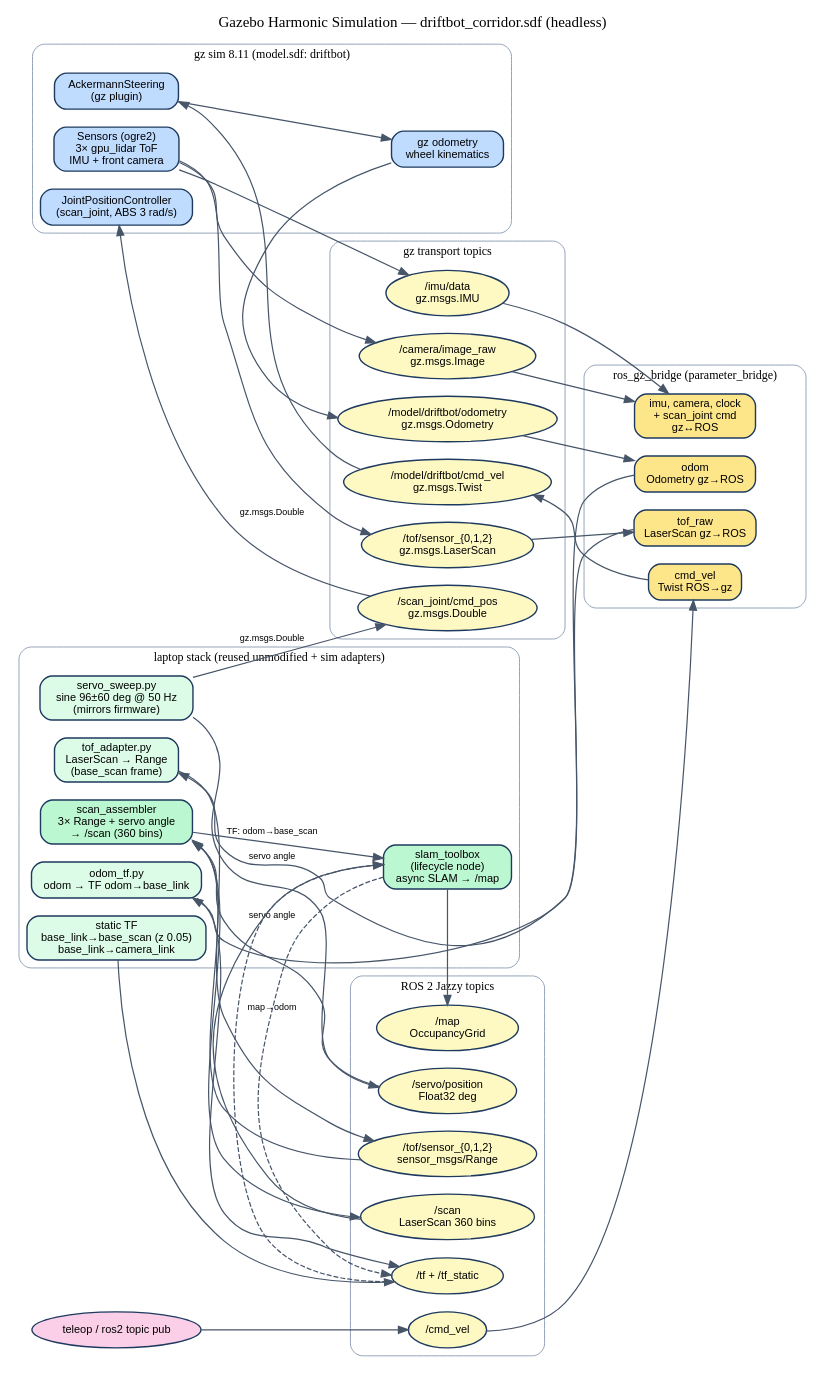
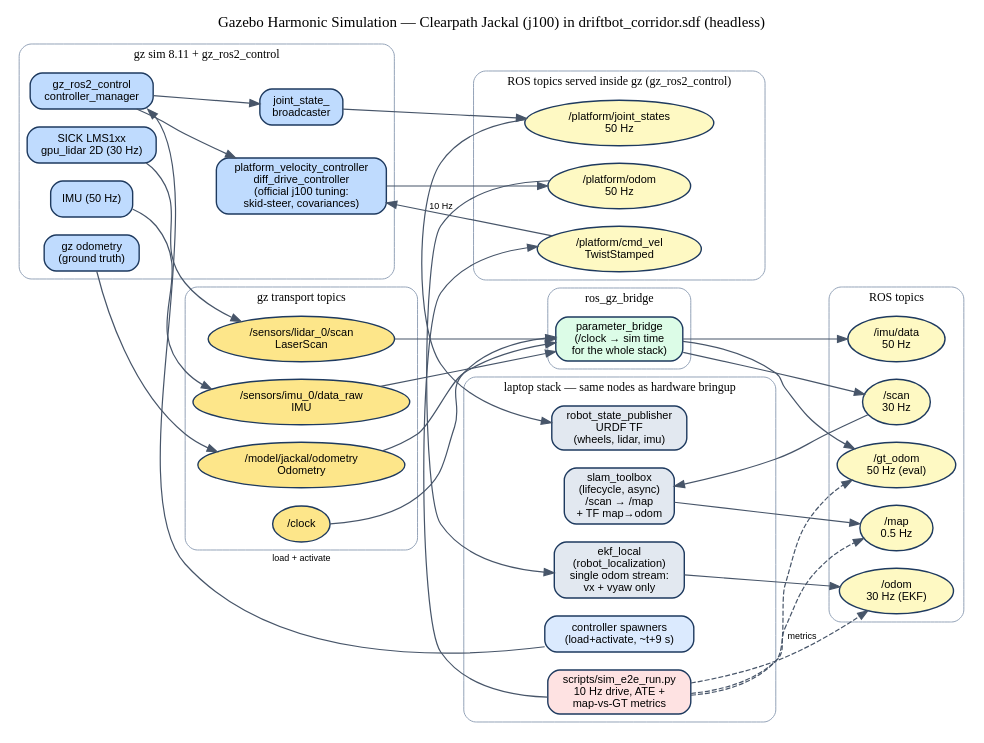
The diagram in docs/img/architecture_sim.dot (Rhutvik-pachghare1999/driftbot), drawn with Graphviz before and after one commit. The commit also changed 23 other files, not shown here.

```diff
--- a/docs/img/architecture_sim.dot
+++ b/docs/img/architecture_sim.dot
@@ -1,83 +1,101 @@
 digraph GazeboSim {
   rankdir=LR;
   bgcolor="white";
   node [shape=box, style="rounded,filled", fontname="Helvetica", fontsize=11, color="#1e3a5f", penwidth=1.4];
   edge [color="#475569", fontname="Helvetica", fontsize=9, penwidth=1.2];
   labelloc="t";
   fontsize=15;
-  label="Gazebo Harmonic Simulation — driftbot_corridor.sdf (headless)";
+  label="Gazebo Harmonic Simulation — Clearpath Jackal (j100) in driftbot_corridor.sdf (headless)";
 
   subgraph cluster_gz {
-    label="gz sim 8.11 (model.sdf: driftbot)";
+    label="gz sim 8.11 + gz_ros2_control";
     fontsize=12; color="#94a3b8"; style="rounded";
     node [fillcolor="#dbeafe"];
 
-    ackermann [label="AckermannSteering\n(gz plugin)", fillcolor="#bfdbfe"];
-    jpc       [label="JointPositionController\n(scan_joint, ABS 3 rad/s)", fillcolor="#bfdbfe"];
-    sensors   [label="Sensors (ogre2)\n3× gpu_lidar ToF\nIMU + front camera", fillcolor="#bfdbfe"];
-    odom_gz   [label="gz odometry\nwheel kinematics", fillcolor="#bfdbfe"];
+    gzc   [label="gz_ros2_control\ncontroller_manager", fillcolor="#bfdbfe"];
+    ddc   [label="platform_velocity_controller\ndiff_drive_controller\n(official j100 tuning:\nskid-steer, covariances)", fillcolor="#bfdbfe"];
+    jsb   [label="joint_state_\nbroadcaster", fillcolor="#bfdbfe"];
+    lidar [label="SICK LMS1xx\ngpu_lidar 2D (30 Hz)", fillcolor="#bfdbfe"];
+    imus  [label="IMU (50 Hz)", fillcolor="#bfdbfe"];
+    gto   [label="gz odometry\n(ground truth)", fillcolor="#bfdbfe"];
   }
 
-  subgraph cluster_gzc {
-    label="gz transport topics";
+  subgraph cluster_ros_gz {
+    label="ROS topics served inside gz (gz_ros2_control)";
     fontsize=12; color="#94a3b8"; style="rounded";
     node [shape=ellipse, style="filled", fillcolor="#fef9c3"];
 
-    t_cmdvel  [label="/model/driftbot/cmd_vel\ngz.msgs.Twist"];
-    t_odom    [label="/model/driftbot/odometry\ngz.msgs.Odometry"];
-    t_tof     [label="/tof/sensor_{0,1,2}\ngz.msgs.LaserScan"];
-    t_imu     [label="/imu/data\ngz.msgs.IMU"];
-    t_cam     [label="/camera/image_raw\ngz.msgs.Image"];
-    t_joint   [label="/scan_joint/cmd_pos\ngz.msgs.Double"];
+    t_cmdvel [label="/platform/cmd_vel\nTwistStamped"];
+    t_podom  [label="/platform/odom\n50 Hz"];
+    t_js     [label="/platform/joint_states\n50 Hz"];
+  }
+
+  subgraph cluster_gzt {
+    label="gz transport topics";
+    fontsize=12; color="#94a3b8"; style="rounded";
+    node [shape=ellipse, style="filled", fillcolor="#fde68a"];
+
+    t_scan  [label="/sensors/lidar_0/scan\nLaserScan"];
+    t_imu   [label="/sensors/imu_0/data_raw\nIMU"];
+    t_gto   [label="/model/jackal/odometry\nOdometry"];
+    t_clock [label="/clock"];
   }
 
   subgraph cluster_bridge {
-    label="ros_gz_bridge (parameter_bridge)";
-    fontsize=12; color="#94a3b8"; style="rounded";
-    node [fillcolor="#fde68a"];
-    b_cmdvel [label="cmd_vel\nTwist ROS→gz"];
-    b_odom   [label="odom\nOdometry gz→ROS"];
-    b_tof    [label="tof_raw\nLaserScan gz→ROS"];
-    b_rest   [label="imu, camera, clock\n+ scan_joint cmd\ngz↔ROS"];
-  }
-
-  subgraph cluster_nodes {
-    label="laptop stack (reused unmodified + sim adapters)";
+    label="ros_gz_bridge";
     fontsize=12; color="#94a3b8"; style="rounded";
     node [fillcolor="#dcfce7"];
 
-    servo_sweep  [label="servo_sweep.py\nsine 96±60 deg @ 50 Hz\n(mirrors firmware)"];
-    tof_adapter  [label="tof_adapter.py\nLaserScan → Range\n(base_scan frame)"];
-    odom_tf      [label="odom_tf.py\nodom → TF odom→base_link"];
-    scan_asm     [label="scan_assembler\n3× Range + servo angle\n→ /scan (360 bins)", fillcolor="#bbf7d0"];
-    slam         [label="slam_toolbox\n(lifecycle node)\nasync SLAM → /map", fillcolor="#bbf7d0"];
-    tf_static    [label="static TF\nbase_link→base_scan (z 0.05)\nbase_link→camera_link"];
+    bridge [label="parameter_bridge\n(/clock → sim time\nfor the whole stack)"];
+  }
+
+  subgraph cluster_laptop {
+    label="laptop stack — same nodes as hardware bringup";
+    fontsize=12; color="#94a3b8"; style="rounded";
+    node [fillcolor="#e2e8f0"];
+
+    rsp  [label="robot_state_publisher\nURDF TF\n(wheels, lidar, imu)"];
+    ekf  [label="ekf_local\n(robot_localization)\nsingle odom stream:\nvx + vyaw only", fillcolor="#e2e8f0"];
+    slam [label="slam_toolbox\n(lifecycle, async)\n/scan → /map\n+ TF map→odom"];
+    spawners [label="controller spawners\n(load+activate, ~t+9 s)", fillcolor="#dbeafe"];
+    e2e  [label="scripts/sim_e2e_run.py\n10 Hz drive, ATE +\nmap-vs-GT metrics", fillcolor="#fee2e2"];
   }
 
   subgraph cluster_ros {
-    label="ROS 2 Jazzy topics";
+    label="ROS topics";
     fontsize=12; color="#94a3b8"; style="rounded";
     node [shape=ellipse, style="filled", fillcolor="#fef9c3"];
 
-    r_cmdvel [label="/cmd_vel"];
-    r_servo  [label="/servo/position\nFloat32 deg"];
-    r_tof     [label="/tof/sensor_{0,1,2}\nsensor_msgs/Range"];
-    r_scan    [label="/scan\nLaserScan 360 bins"];
-    r_map     [label="/map\nOccupancyGrid"];
-    r_tf      [label="/tf + /tf_static"];
+    t_scan_r [label="/scan\n30 Hz"];
+    t_imu_r  [label="/imu/data\n50 Hz"];
+    t_gto_r  [label="/gt_odom\n50 Hz (eval)"];
+    t_odom   [label="/odom\n30 Hz (EKF)"];
+    t_map    [label="/map\n0.5 Hz"];
   }
 
-  user [label="teleop / ros2 topic pub", shape=oval, fillcolor="#fbcfe8"];
-
-  user -> r_cmdvel -> b_cmdvel -> t_cmdvel -> ackermann;
-  ackermann -> odom_gz -> t_odom -> b_odom -> odom_tf -> r_tf;
-  sensors -> t_tof -> b_tof -> tof_adapter -> r_tof -> scan_asm -> r_scan -> slam -> r_map;
-  sensors -> t_imu -> b_rest;
-  sensors -> t_cam -> b_rest;
-  servo_sweep -> t_joint -> jpc [label="gz.msgs.Double"];
-  servo_sweep -> r_servo -> scan_asm [label="servo angle"];
-  scan_asm -> slam [label="TF: odom→base_scan"];
-  tf_static -> r_tf;
-  r_tf -> slam [style=dashed];
-  slam -> r_tf [label="map→odom", style=dashed];
+  spawners -> gzc   [label="load + activate"];
+  gzc -> ddc;
+  gzc -> jsb;
+  t_cmdvel -> ddc   [label="10 Hz"];
+  ddc -> t_podom;
+  jsb -> t_js;
+  lidar -> t_scan;
+  imus -> t_imu;
+  gto -> t_gto;
+  t_scan -> bridge;
+  t_imu -> bridge;
+  t_gto -> bridge;
+  t_clock -> bridge;
+  bridge -> t_scan_r;
+  bridge -> t_imu_r;
+  bridge -> t_gto_r;
+  t_js -> rsp;
+  t_podom -> ekf;
+  ekf -> t_odom;
+  t_scan_r -> slam;
+  slam -> t_map;
+  e2e -> t_cmdvel;
+  e2e -> t_odom   [style=dashed, label="metrics"];
+  e2e -> t_gto_r  [style=dashed];
+  e2e -> t_map    [style=dashed];
 }
```
